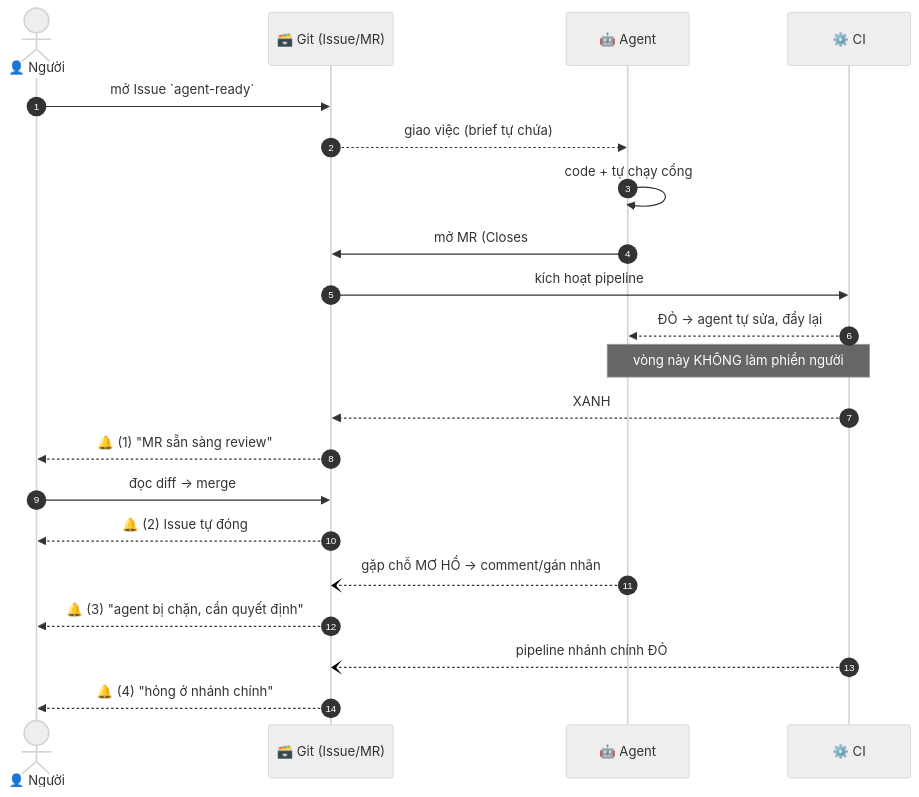
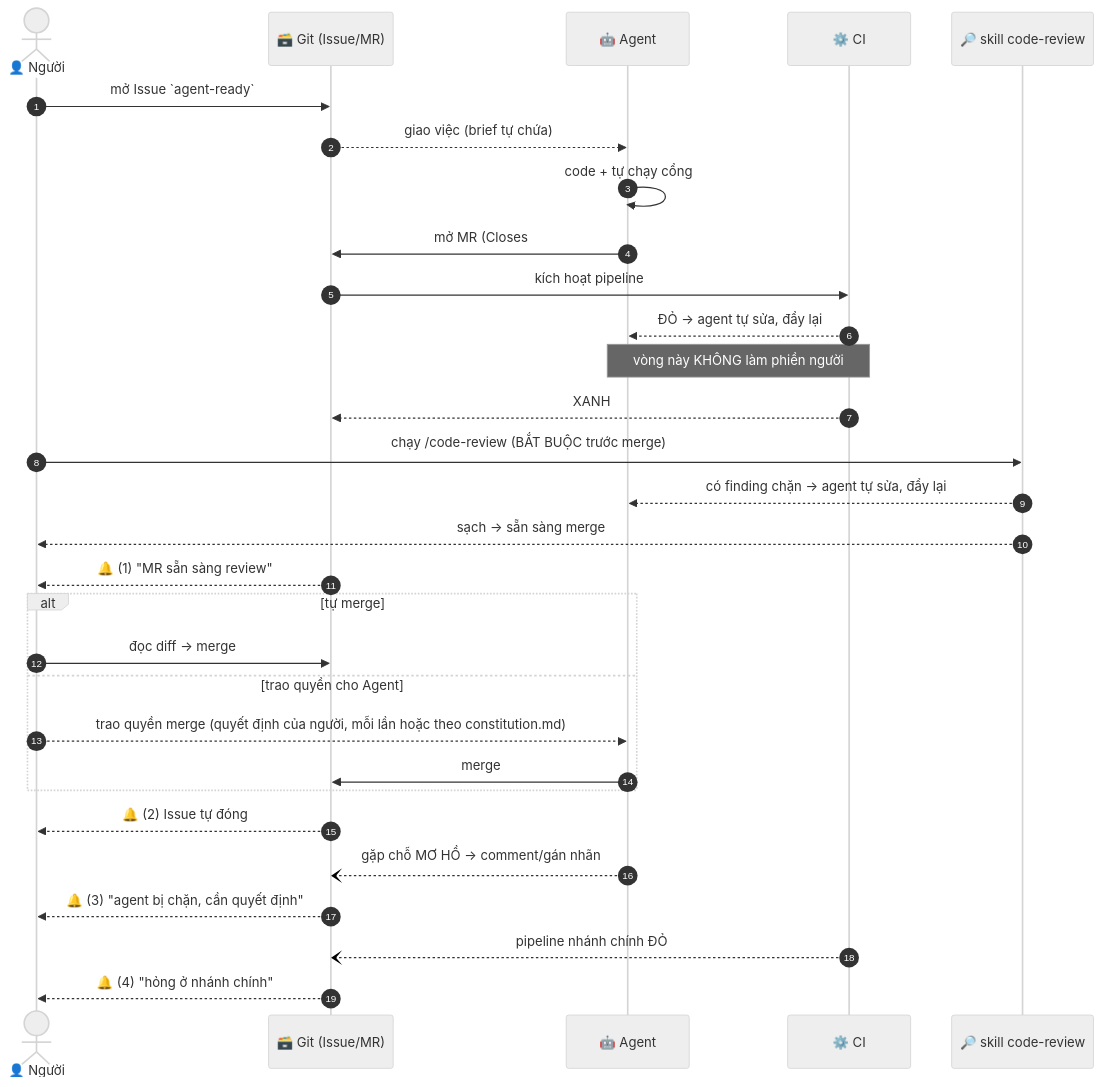
Before and after one commit to Jester6136/claude.general: the second of 2 diagrams in GIT-FLOW.md, drawn with Mermaid (neutral theme). The commit also changed other lines of this file and 5 other files, not shown here.

First line of the commit message:
docs(GIT-FLOW): thêm gate code-review bắt buộc trước merge + Discussion có TechLead/Dev/BA

````diff
--- a/GIT-FLOW.md
+++ b/GIT-FLOW.md
@@ -137,25 +152,34 @@
 ```mermaid
 sequenceDiagram
     autonumber
     actor N as 👤 Người
     participant G as 🗃️ Git (Issue/MR)
     participant A as 🤖 Agent
     participant C as ⚙️ CI
+    participant R as 🔎 skill code-review
 
     N->>G: mở Issue `agent-ready`
     G-->>A: giao việc (brief tự chứa)
     A->>A: code + tự chạy cổng
     A->>G: mở MR (Closes #NN)
     G->>C: kích hoạt pipeline
     C-->>A: ĐỎ → agent tự sửa, đẩy lại
     Note over A,C: vòng này KHÔNG làm phiền người
     C-->>G: XANH
+    N->>R: chạy /code-review (BẮT BUỘC trước merge)
+    R-->>A: có finding chặn → agent tự sửa, đẩy lại
+    R-->>N: sạch → sẵn sàng merge
     G-->>N: 🔔 (1) "MR sẵn sàng review"
-    N->>G: đọc diff → merge
+    alt tự merge
+        N->>G: đọc diff → merge
+    else trao quyền cho Agent
+        N-->>A: trao quyền merge (quyết định của người, mỗi lần hoặc theo constitution.md)
+        A->>G: merge
+    end
     G-->>N: 🔔 (2) Issue tự đóng
 
     A--)G: gặp chỗ MƠ HỒ → comment/gán nhãn
     G-->>N: 🔔 (3) "agent bị chặn, cần quyết định"
     C--)G: pipeline nhánh chính ĐỎ
     G-->>N: 🔔 (4) "hỏng ở nhánh chính"
 ```
````
